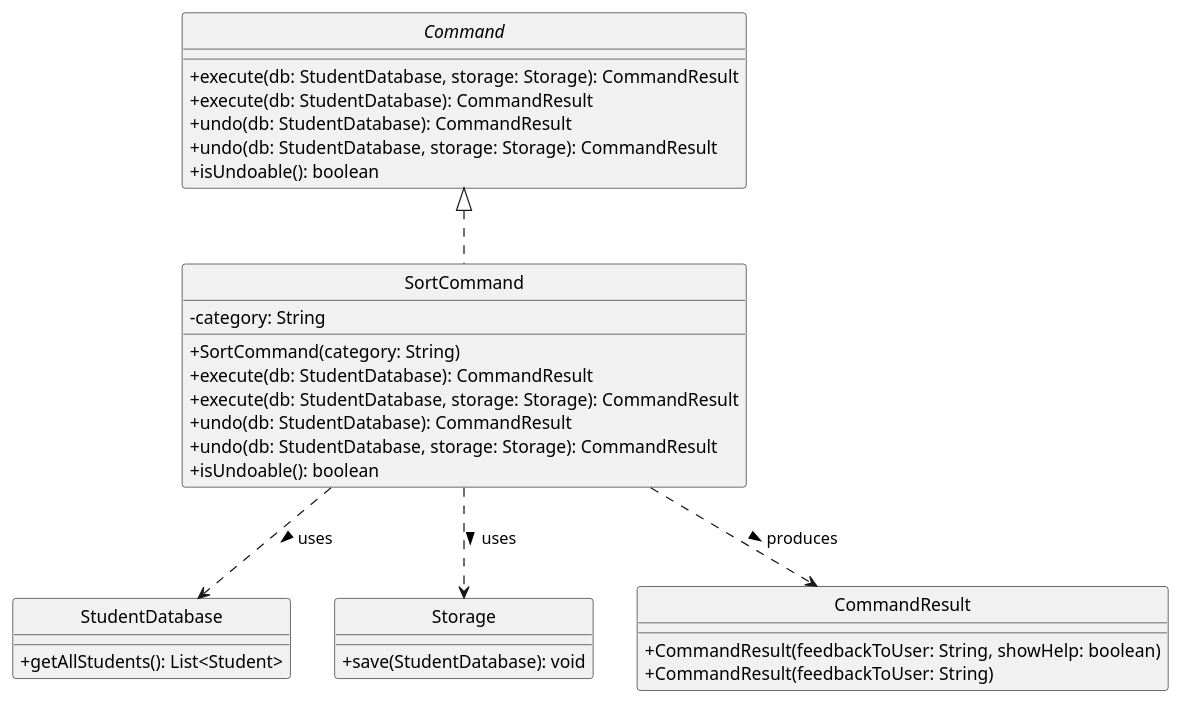
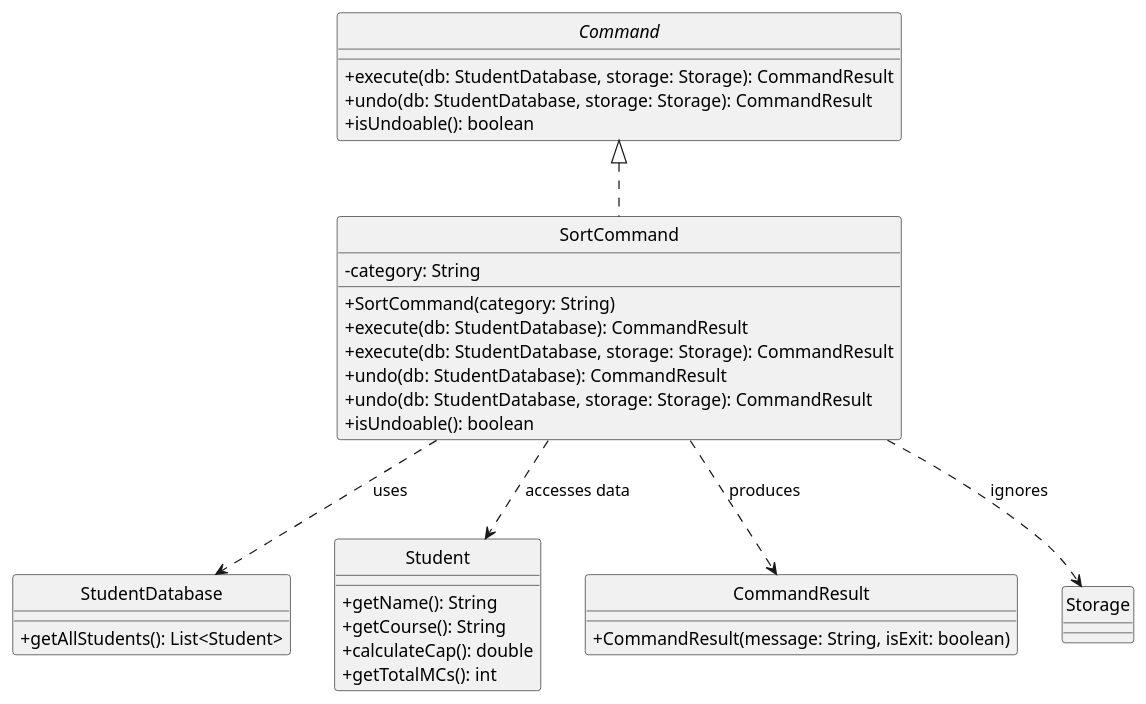
One commit to AY2526S2-CS2113-T11-4/tp changed the diagram in docs/diagrams/SortCommandClass.puml. Above: the diagram before and after it, drawn with PlantUML. The commit also changed 16 other files, not shown here.

```diff
--- a/docs/diagrams/SortCommandClass.puml
+++ b/docs/diagrams/SortCommandClass.puml
@@ -1,40 +1,44 @@
 @startuml
 skinparam classAttributeIconSize 0
 skinparam style strictuml
 
-
 interface Command {
     + execute(db: StudentDatabase, storage: Storage): CommandResult
-    + execute(db: StudentDatabase): CommandResult
-    + undo(db: StudentDatabase): CommandResult
     + undo(db: StudentDatabase, storage: Storage): CommandResult
     + isUndoable(): boolean
 }
 
-class SortCommand implements Command {
+class SortCommand {
     - category: String
     + SortCommand(category: String)
     + execute(db: StudentDatabase): CommandResult
     + execute(db: StudentDatabase, storage: Storage): CommandResult
     + undo(db: StudentDatabase): CommandResult
     + undo(db: StudentDatabase, storage: Storage): CommandResult
     + isUndoable(): boolean
 }
 
 class StudentDatabase {
     + getAllStudents(): List<Student>
 }
 
-class Storage {
-    +save(StudentDatabase): void
+class Student {
+    + getName(): String
+    + getCourse(): String
+    + calculateCap(): double
+    + getTotalMCs(): int
 }
 
 class CommandResult {
-    + CommandResult(feedbackToUser: String, showHelp: boolean)
-    + CommandResult(feedbackToUser: String)
+    + CommandResult(message: String, isExit: boolean)
 }
 
-SortCommand ..> StudentDatabase : uses >
-SortCommand ..> Storage : uses >
-SortCommand ..> CommandResult : produces >
+class Storage {
+}
+
+Command <|.. SortCommand
+SortCommand ..> StudentDatabase : uses
+SortCommand ..> Storage : ignores
+SortCommand ..> Student : accesses data
+SortCommand ..> CommandResult : produces
 @enduml
```
